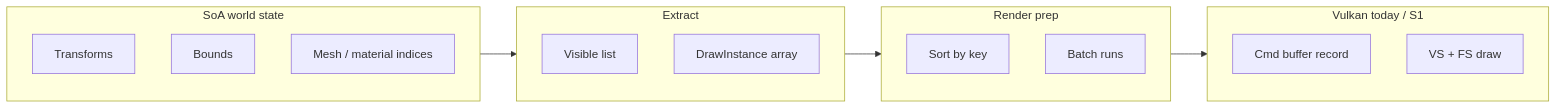
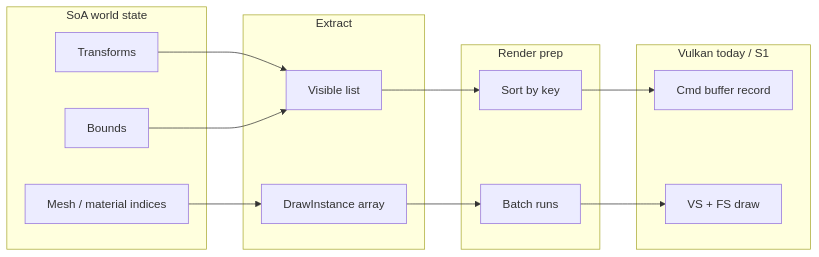
One commit to PluseggWill/SiriusEngine_VulkanReboot changed the second of 6 diagrams in Docs/EngineArchitecture.md. Above: the diagram before and after it, drawn with Mermaid. The commit also changed other lines of this file and 6 other files, not shown here.

First line of the commit message:
[Docs] Align sprint planning, naming, and validation flow

````diff
--- a/Docs/EngineArchitecture.md
+++ b/Docs/EngineArchitecture.md
@@ -313,23 +360,27 @@
 ```mermaid
 flowchart LR
-  subgraph soa [SoA world state]
-    T[Transforms]
-    B[Bounds]
-    M[Mesh / material indices]
+  subgraph GRP_SOA [SoA world state]
+    TASK_TRANSFORMS[Transforms]
+    TASK_BOUNDS[Bounds]
+    TASK_MATERIALS[Mesh / material indices]
   end
-  subgraph extract [Extract]
-    V[Visible list]
-    D[DrawInstance array]
+  subgraph GRP_EXTRACT [Extract]
+    TASK_VISIBLE[Visible list]
+    TASK_DRAWINSTANCE[DrawInstance array]
   end
-  subgraph prep [Render prep]
-    S[Sort by key]
-    R[Batch runs]
+  subgraph GRP_PREP [Render prep]
+    TASK_SORTKEY[Sort by key]
+    TASK_BATCHRUNS[Batch runs]
   end
-  subgraph vk [Vulkan today / S1]
-    CB[Cmd buffer record]
-    VS[VS + FS draw]
+  subgraph GRP_VK [Vulkan today / S1]
+    TASK_CMDBUF[Cmd buffer record]
+    TASK_VSFS[VS + FS draw]
   end
-  soa --> extract
-  extract --> prep
-  prep --> vk
+  TASK_TRANSFORMS --> TASK_VISIBLE
+  TASK_BOUNDS --> TASK_VISIBLE
+  TASK_MATERIALS --> TASK_DRAWINSTANCE
+  TASK_VISIBLE --> TASK_SORTKEY
+  TASK_DRAWINSTANCE --> TASK_BATCHRUNS
+  TASK_SORTKEY --> TASK_CMDBUF
+  TASK_BATCHRUNS --> TASK_VSFS
 ```
````
